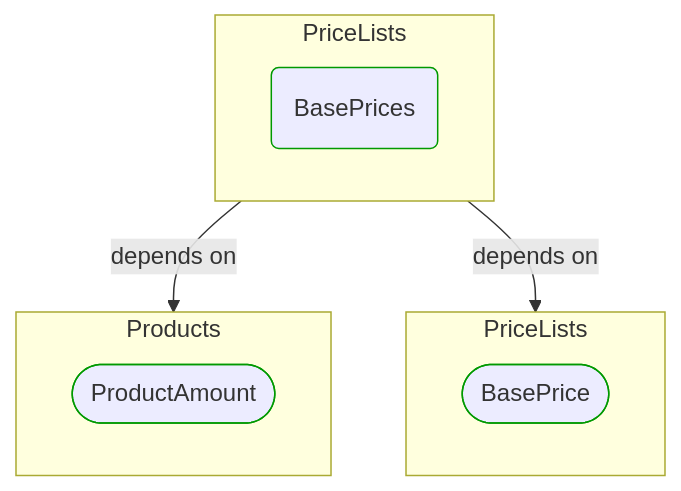
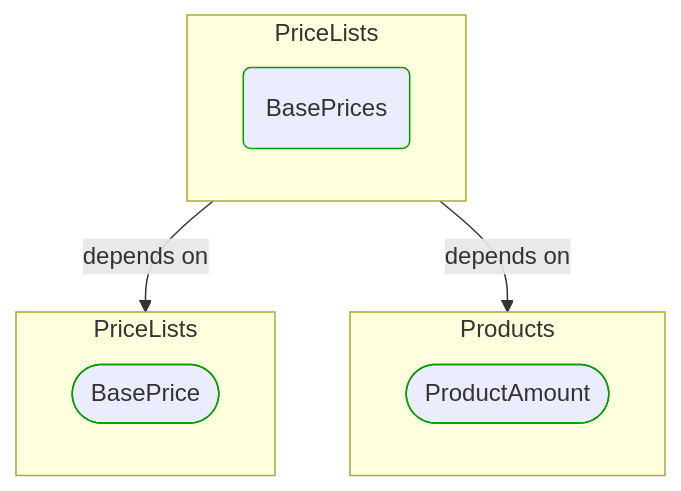
The diagram in Docs/P3/MermaidOutput/BuildingBlocks/Sales/Pricing/PriceLists/BasePrices.md (itlibrium/DDD-starter-dotnet), drawn with Mermaid before and after one commit. The commit also changed 78 other files, not shown here.

````diff
--- a/Docs/P3/MermaidOutput/BuildingBlocks/Sales/Pricing/PriceLists/BasePrices.md
+++ b/Docs/P3/MermaidOutput/BuildingBlocks/Sales/Pricing/PriceLists/BasePrices.md
@@ -18,20 +18,20 @@
 ```mermaid
   flowchart TB
     subgraph 0["PriceLists"]
       1(BasePrices)
       class 1 DomainPerspective
     end
-    subgraph 2["Products"]
-      3([ProductAmount])
+    subgraph 2["PriceLists"]
+      3([BasePrice])
       class 3 DomainPerspective
     end
-    subgraph 4["PriceLists"]
-      5([BasePrice])
+    subgraph 4["Products"]
+      5([ProductAmount])
       class 5 DomainPerspective
     end
     0-->|depends on|2
     0-->|depends on|4
     classDef DomainPerspective stroke:#009900
     classDef TechnologyPerspective stroke:#1F41EB
     classDef PeoplePerspective stroke:#FFF014
 ```
````
